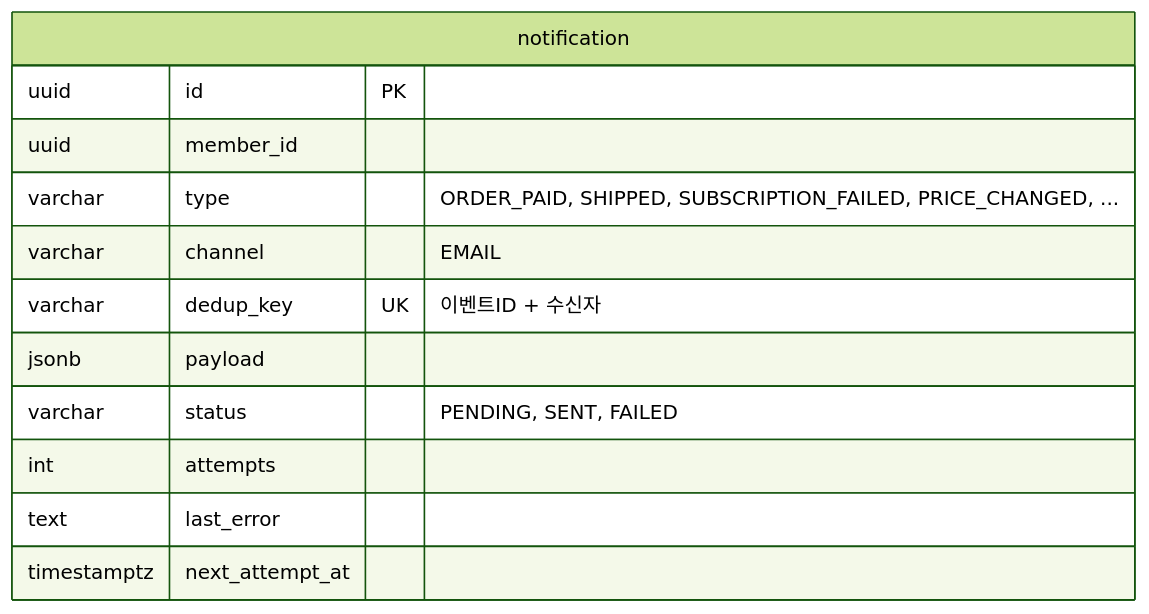
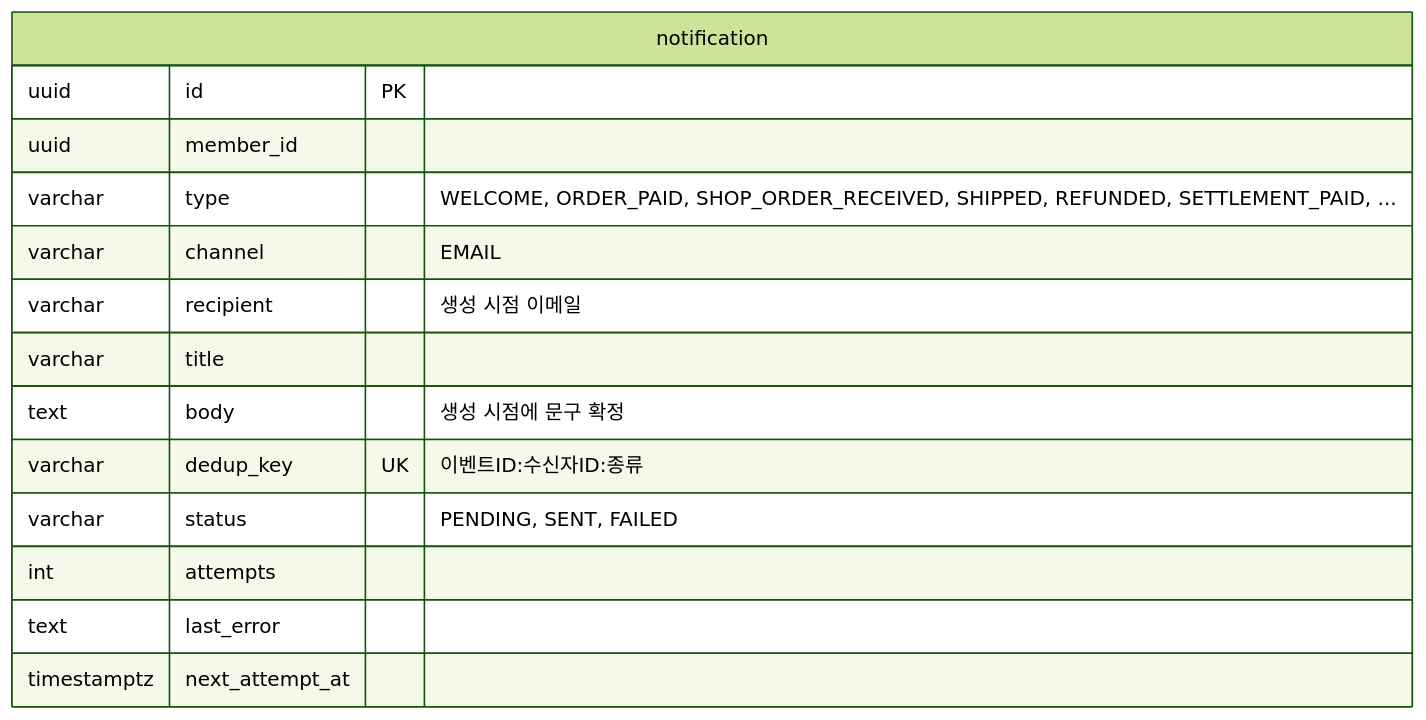
Before and after one commit to 95twan/myroutine-v2: the ninth of 10 diagrams in docs/02-design/03-erd.md, drawn with Mermaid (forest theme). The commit also changed other lines of this file and 27 other files, not shown here.

````diff
--- a/docs/02-design/03-erd.md
+++ b/docs/02-design/03-erd.md
@@ -450,15 +391,17 @@
 ```mermaid
 erDiagram
   notification {
     uuid id PK
     uuid member_id
-    varchar type "ORDER_PAID, SHIPPED, SUBSCRIPTION_FAILED, PRICE_CHANGED, ..."
+    varchar type "WELCOME, ORDER_PAID, SHOP_ORDER_RECEIVED, SHIPPED, REFUNDED, SETTLEMENT_PAID, ..."
     varchar channel "EMAIL"
-    varchar dedup_key UK "이벤트ID + 수신자"
-    jsonb payload
+    varchar recipient "생성 시점 이메일"
+    varchar title
+    text body "생성 시점에 문구 확정"
+    varchar dedup_key UK "이벤트ID:수신자ID:종류"
     varchar status "PENDING, SENT, FAILED"
     int attempts
     text last_error
     timestamptz next_attempt_at
   }
 ```
````
